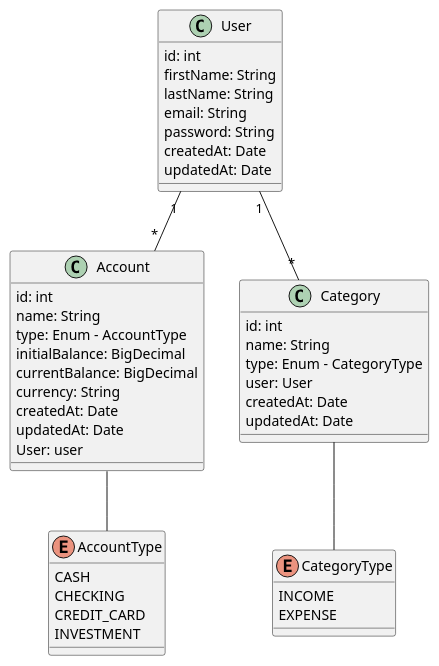
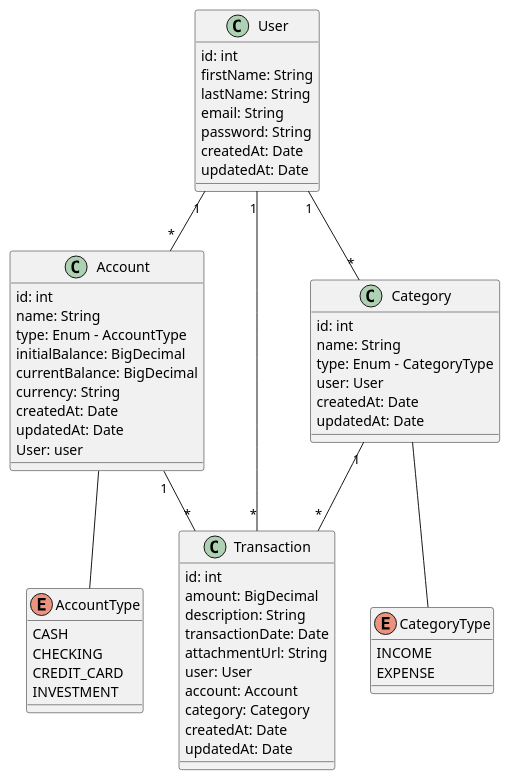
Before and after one commit to Facumerino03/Finquik-back: the diagram in docs/diagrams/class_diagram.puml, drawn with PlantUML. The commit also changed 7 other files, not shown here.

```diff
--- a/docs/diagrams/class_diagram.puml
+++ b/docs/diagrams/class_diagram.puml
@@ -1,62 +1,87 @@
 @startuml
 'https://plantuml.com/class-diagram
 
 class Account {
 id: int
 name: String
 type: Enum - AccountType
 initialBalance: BigDecimal
 currentBalance: BigDecimal
 currency: String
 createdAt: Date
 updatedAt: Date
 User: user
 }
 
 class User {
 id: int
 firstName: String
 lastName: String
 email: String
 password: String
 createdAt: Date
 updatedAt: Date
 
 }
 
 class Category {
 id: int
 name: String
 type: Enum - CategoryType
 user: User
 createdAt: Date
 updatedAt: Date
 }
 
 enum CategoryType {
   INCOME
   EXPENSE
 }
 
 enum AccountType {
   CASH
   CHECKING
   CREDIT_CARD
   INVESTMENT
 }
 
+class Transaction {
+id: int
+amount: BigDecimal
+description: String
+transactionDate: Date
+attachmentUrl: String
+user: User
+account: Account
+category: Category
+createdAt: Date
+updatedAt: Date
+}
+
 ' Defines a one-to-many relationship
 ' One User can have many (*) Accounts
 User "1" -- "*" Account
 
 ' Defines a one-to-many relationship
 ' One User can have many (*) Categories
 User "1" -- "*" Category
 
+' Defines a one-to-many relationship
+' One User can have many (*) Transactions
+User "1" -- "*" Transaction
+
+' Defines a one-to-many relationship
+' One Account can have many (*) Transactions
+Account "1" -- "*" Transaction
+
+' Defines a one-to-many relationship
+' One Category can have many (*) Transactions
+Category "1" -- "*" Transaction
+
 ' Defines the relationship between Account and its type
 Account -- AccountType
 
 ' Defines the relationship between Category and its type
 Category -- CategoryType
 
 @enduml
```
